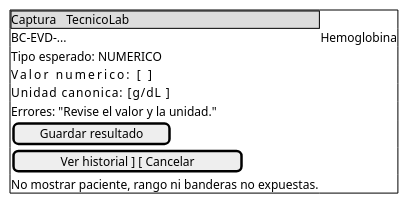
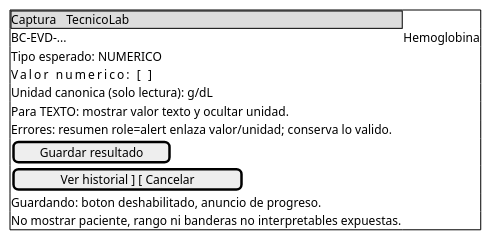
Before and after one commit to orem6/SistemaHospitalarioPersonal-keily: the diagram in docs/modulos/ingreso-resultados-laboratorio/semana-10/wireframes/02-captura-movil.puml, drawn with PlantUML. The commit also changed 10 other files, not shown here.

```diff
--- a/docs/modulos/ingreso-resultados-laboratorio/semana-10/wireframes/02-captura-movil.puml
+++ b/docs/modulos/ingreso-resultados-laboratorio/semana-10/wireframes/02-captura-movil.puml
@@ -1,13 +1,15 @@
 @startsalt
 {+
 {* Captura | TecnicoLab }
 BC-EVD-... | Hemoglobina
 Tipo esperado: NUMERICO
 Valor numerico: [             ]
-Unidad canonica: [g/dL        ]
-Errores: "Revise el valor y la unidad."
+Unidad canonica (solo lectura): g/dL
+Para TEXTO: mostrar valor texto y ocultar unidad.
+Errores: resumen role=alert enlaza valor/unidad; conserva lo valido.
 [ Guardar resultado ]
 [ Ver historial ] [ Cancelar ]
-No mostrar paciente, rango ni banderas no expuestas.
+Guardando: boton deshabilitado, anuncio de progreso.
+No mostrar paciente, rango ni banderas no interpretables expuestas.
 }
 @endsalt
```
